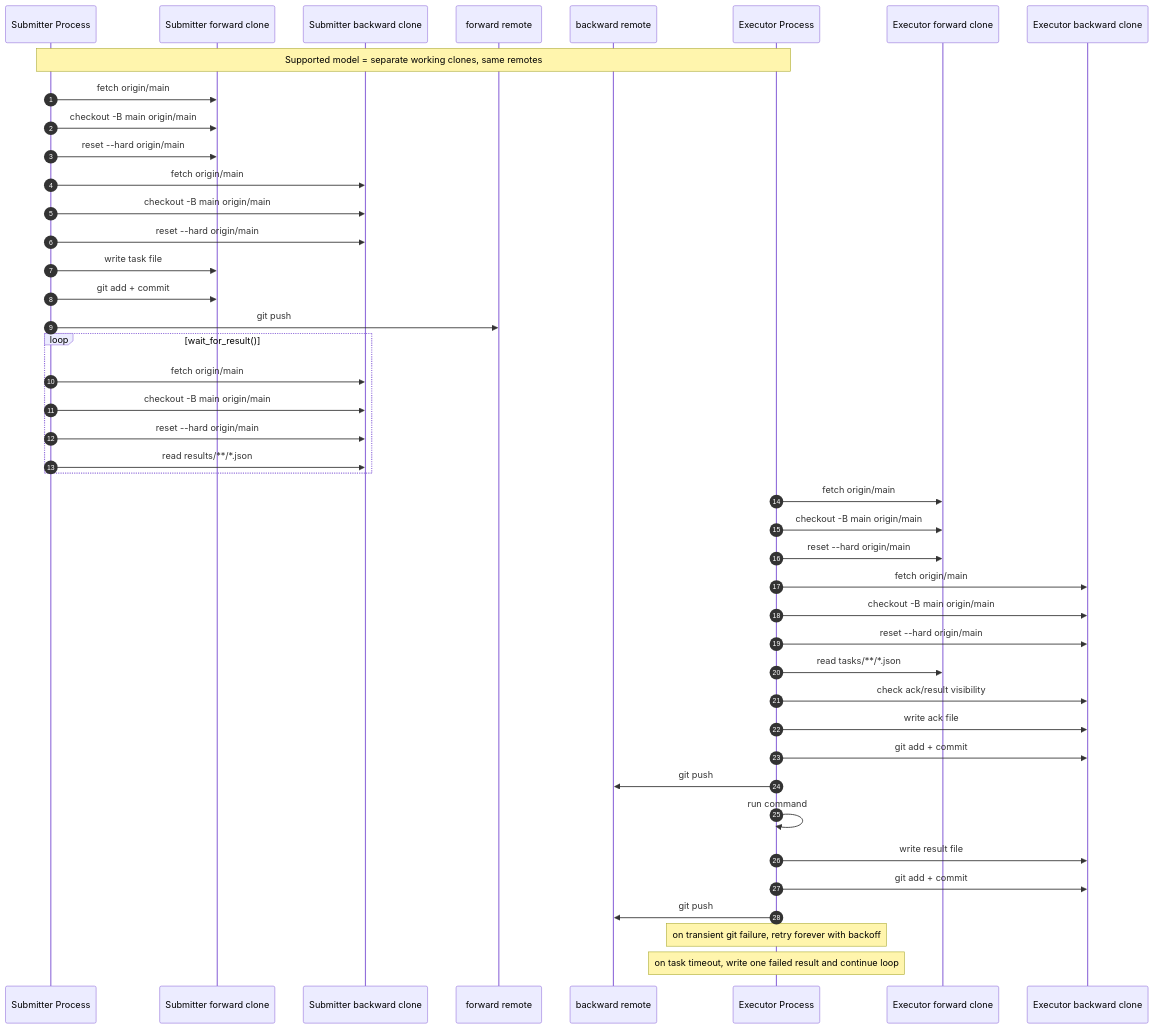
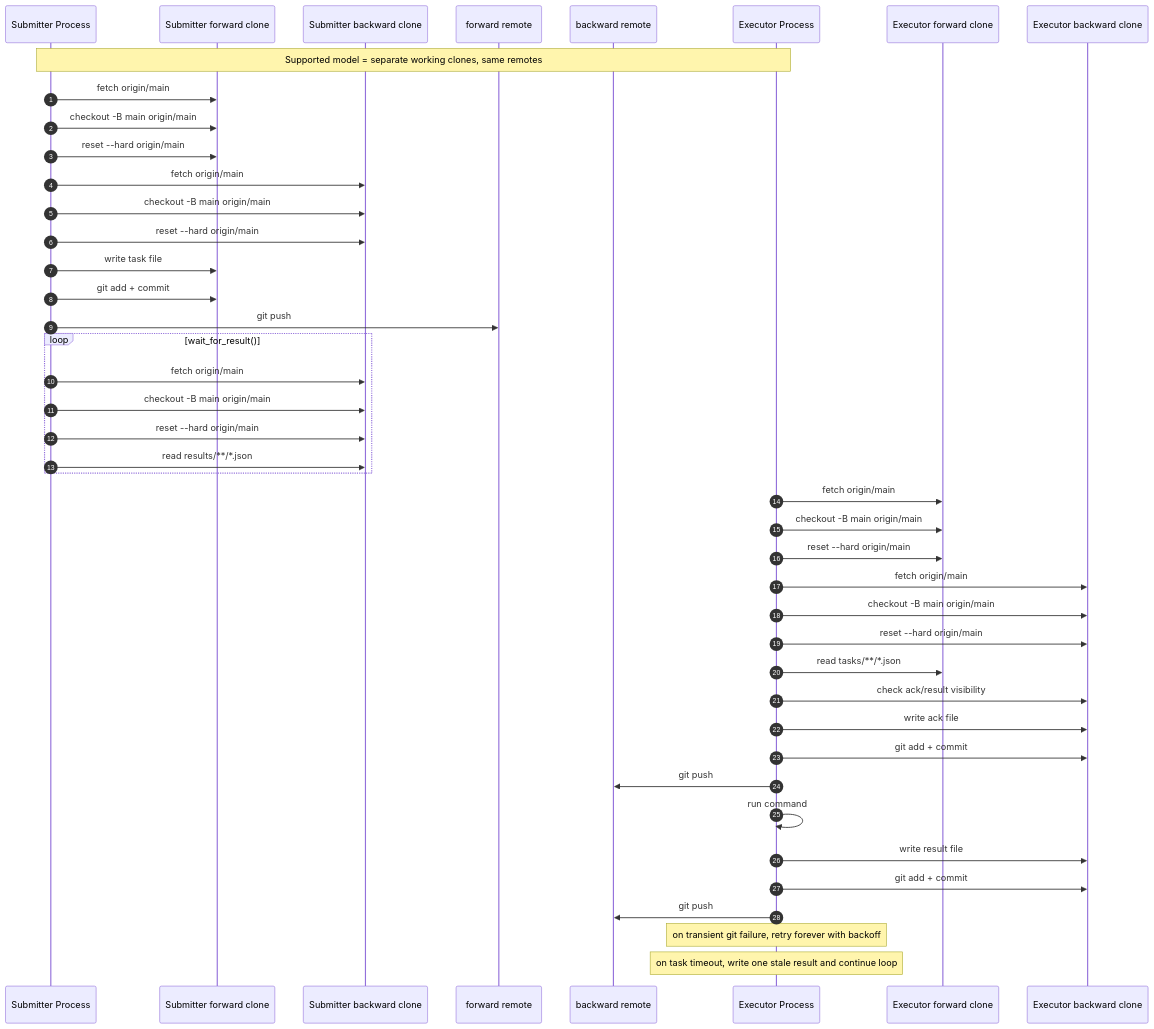
The sixth of 7 diagrams in DESIGN.md (hyjack-00/AgentExecTunnel), drawn with Mermaid before and after one commit. The commit also changed other lines of this file and 22 other files, not shown here.

````diff
--- a/DESIGN.md
+++ b/DESIGN.md
@@ -500,49 +491,49 @@
 ```mermaid
 sequenceDiagram
     autonumber
     participant S as Submitter Process
     participant SF as Submitter forward clone
     participant SB as Submitter backward clone
     participant FO as forward remote
     participant BO as backward remote
     participant E as Executor Process
     participant EF as Executor forward clone
     participant EB as Executor backward clone
 
     Note over S,E: Supported model = separate working clones, same remotes
 
     S->>SF: fetch origin/main
     S->>SF: checkout -B main origin/main
     S->>SF: reset --hard origin/main
     S->>SB: fetch origin/main
     S->>SB: checkout -B main origin/main
     S->>SB: reset --hard origin/main
     S->>SF: write task file
     S->>SF: git add + commit
     S->>FO: git push
 
     loop wait_for_result()
         S->>SB: fetch origin/main
         S->>SB: checkout -B main origin/main
         S->>SB: reset --hard origin/main
         S->>SB: read results/**/*.json
     end
 
     E->>EF: fetch origin/main
     E->>EF: checkout -B main origin/main
     E->>EF: reset --hard origin/main
     E->>EB: fetch origin/main
     E->>EB: checkout -B main origin/main
     E->>EB: reset --hard origin/main
     E->>EF: read tasks/**/*.json
     E->>EB: check ack/result visibility
     E->>EB: write ack file
     E->>EB: git add + commit
     E->>BO: git push
     E->>E: run command
     E->>EB: write result file
     E->>EB: git add + commit
     E->>BO: git push
     Note over E: on transient git failure, retry forever with backoff
-    Note over E: on task timeout, write one failed result and continue loop
+    Note over E: on task timeout, write one stale result and continue loop
 ```
````
